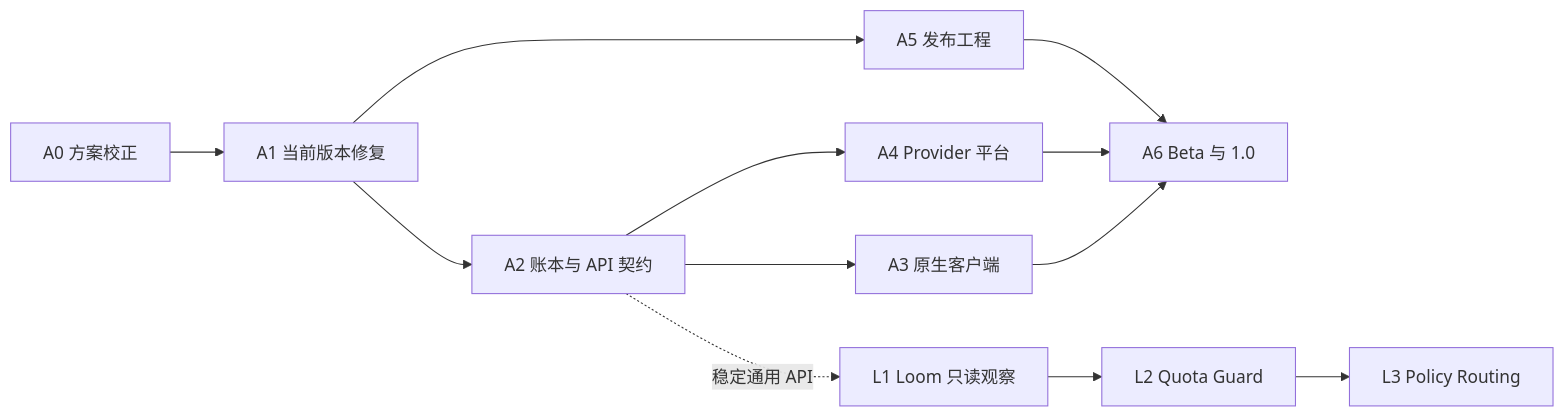
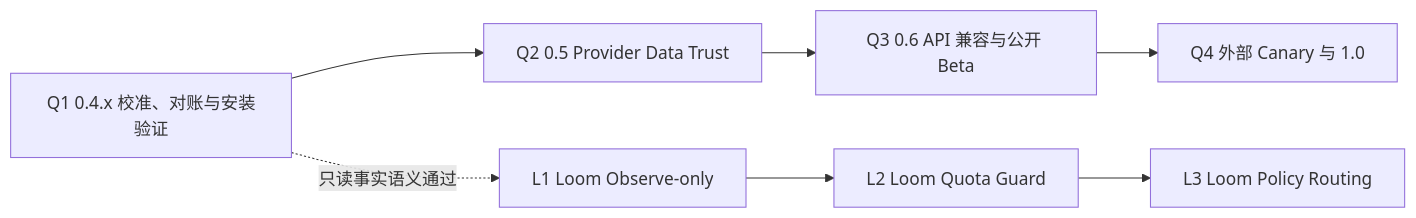
The diagram in docs/superpowers/plans/2026-07-18-openusage-work-queue.zh-CN.md (tttboy123/openusage-bar), drawn with Mermaid before and after one commit. The commit also changed other lines of this file, not shown here.

````diff
--- a/docs/superpowers/plans/2026-07-18-openusage-work-queue.zh-CN.md
+++ b/docs/superpowers/plans/2026-07-18-openusage-work-queue.zh-CN.md
@@ -16,14 +45,10 @@
 ```mermaid
 flowchart LR
-    A0["A0 方案校正"] --> A1["A1 当前版本修复"]
-    A1 --> A2["A2 账本与 API 契约"]
-    A2 --> A3["A3 原生客户端"]
-    A2 --> A4["A4 Provider 平台"]
-    A1 --> A5["A5 发布工程"]
-    A3 --> A6["A6 Beta 与 1.0"]
-    A4 --> A6
-    A5 --> A6
-    A2 -. "稳定通用 API" .-> L1["L1 Loom 只读观察"]
-    L1 --> L2["L2 Quota Guard"]
-    L2 --> L3["L3 Policy Routing"]
+    Q1["Q1 0.4.x 校准、对账与安装验证"] --> Q2["Q2 0.5 Provider Data Trust"]
+    Q2 --> Q3["Q3 0.6 API 兼容与公开 Beta"]
+    Q3 --> Q4["Q4 外部 Canary 与 1.0"]
+
+    Q1 -. "只读事实语义通过" .-> L1["L1 Loom Observe-only"]
+    L1 --> L2["L2 Loom Quota Guard"]
+    L2 --> L3["L3 Loom Policy Routing"]
 ```
````
